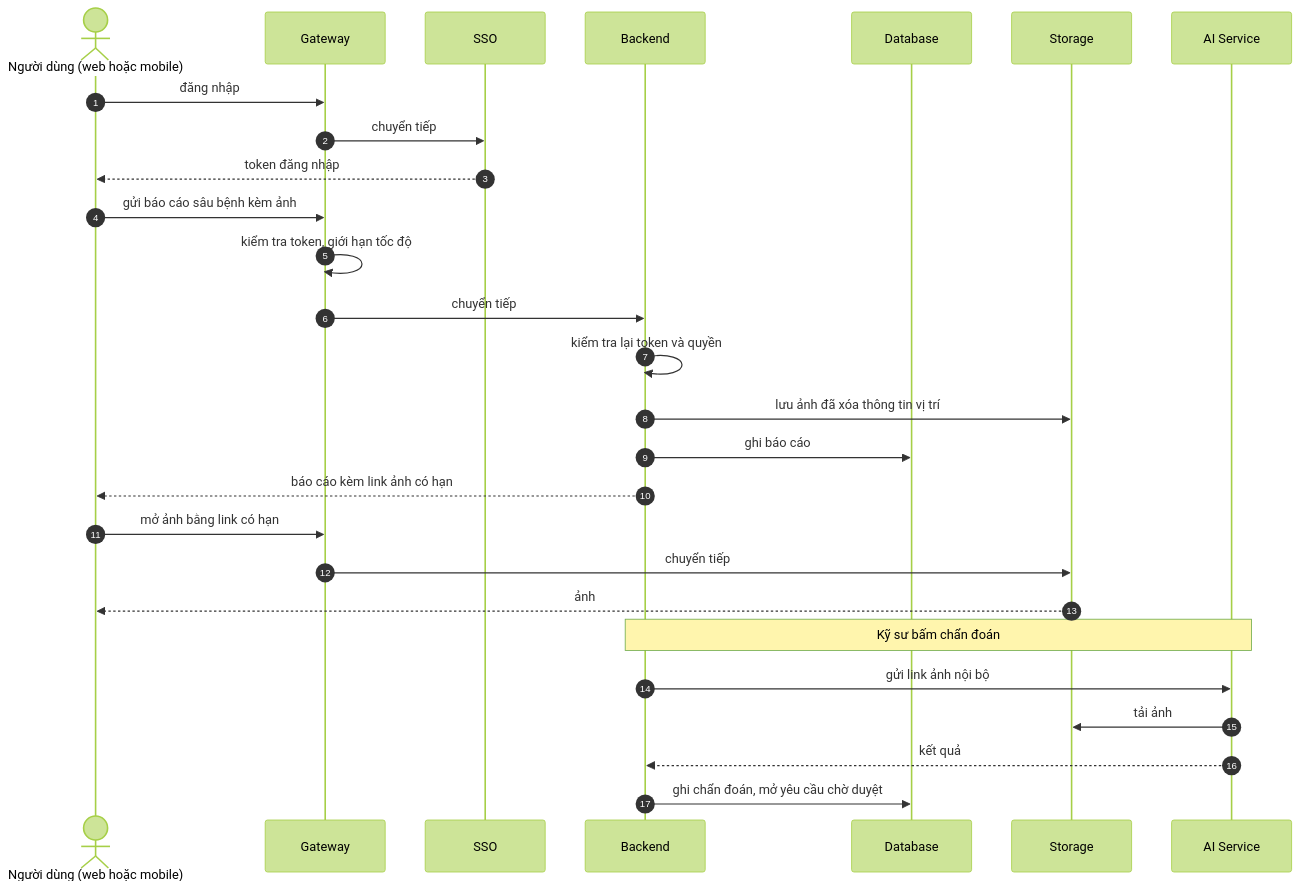
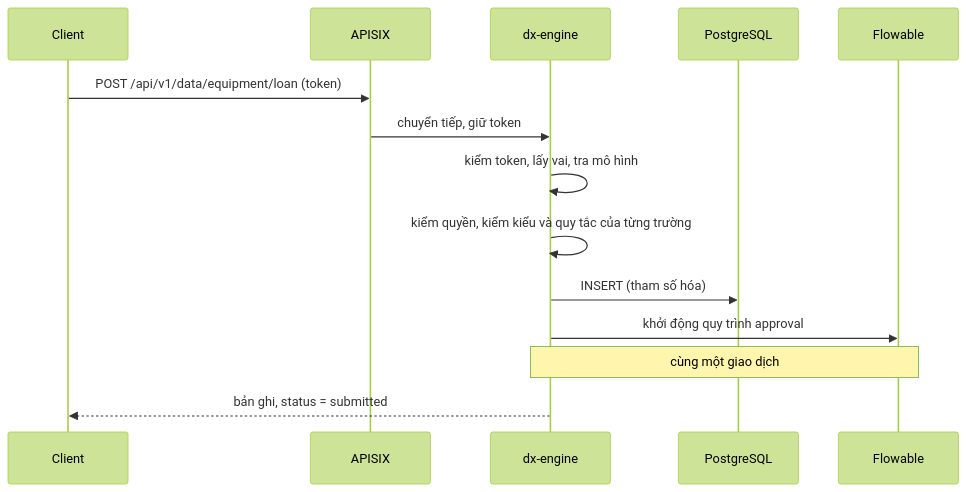
The second of 2 diagrams in ARCHITECTURE.md (HaUI-ImplSolution/DX-OS), drawn with Mermaid (forest theme) before and after one commit. The commit also changed other lines of this file and 6 other files, not shown here.

First line of the commit message:
docs: describe the dynamic core in the READMEs, architecture and testing guide

````diff
--- a/ARCHITECTURE.md
+++ b/ARCHITECTURE.md
@@ -137,33 +64,16 @@
 ```mermaid
 sequenceDiagram
-  autonumber
-  actor U as Người dùng (web hoặc mobile)
-  participant G as Gateway
-  participant K as SSO
-  participant B as Backend
-  participant DB as Database
-  participant S as Storage
-  participant AI as AI Service
-
-  U->>G: đăng nhập
-  G->>K: chuyển tiếp
-  K-->>U: token đăng nhập
-
-  U->>G: gửi báo cáo sâu bệnh kèm ảnh
-  G->>G: kiểm tra token, giới hạn tốc độ
-  G->>B: chuyển tiếp
-  B->>B: kiểm tra lại token và quyền
-  B->>S: lưu ảnh đã xóa thông tin vị trí
-  B->>DB: ghi báo cáo
-  B-->>U: báo cáo kèm link ảnh có hạn
-
-  U->>G: mở ảnh bằng link có hạn
-  G->>S: chuyển tiếp
-  S-->>U: ảnh
-
-  Note over B,AI: Kỹ sư bấm chẩn đoán
-  B->>AI: gửi link ảnh nội bộ
-  AI->>S: tải ảnh
-  AI-->>B: kết quả
-  B->>DB: ghi chẩn đoán, mở yêu cầu chờ duyệt
+  participant C as Client
+  participant G as APISIX
+  participant D as dx-engine
+  participant P as PostgreSQL
+  participant F as Flowable
+  C->>G: POST /api/v1/data/equipment/loan (token)
+  G->>D: chuyển tiếp, giữ token
+  D->>D: kiểm token, lấy vai, tra mô hình
+  D->>D: kiểm quyền, kiểm kiểu và quy tắc của từng trường
+  D->>P: INSERT (tham số hóa)
+  D->>F: khởi động quy trình approval
+  Note over D,F: cùng một giao dịch
+  D-->>C: bản ghi, status = submitted
 ```
````
